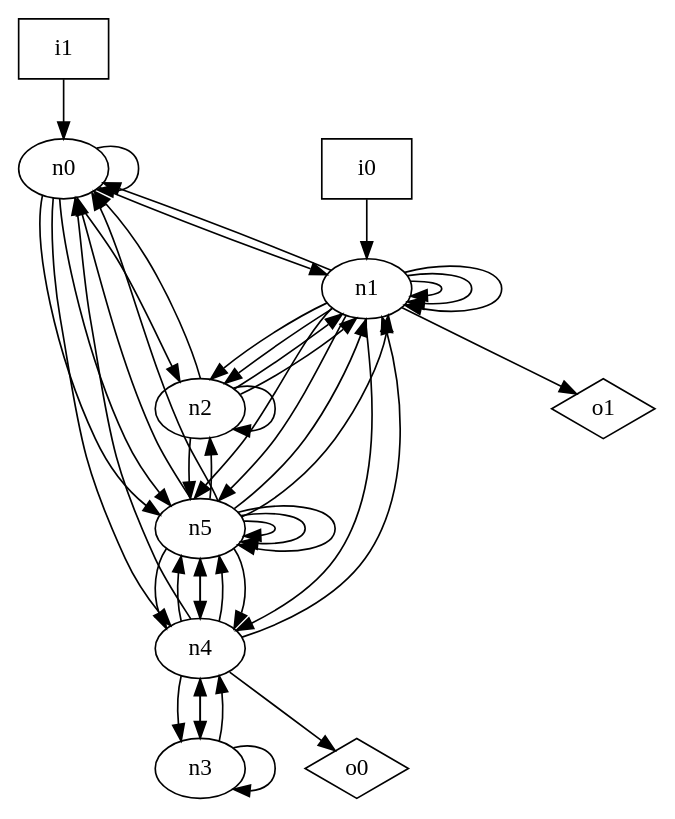
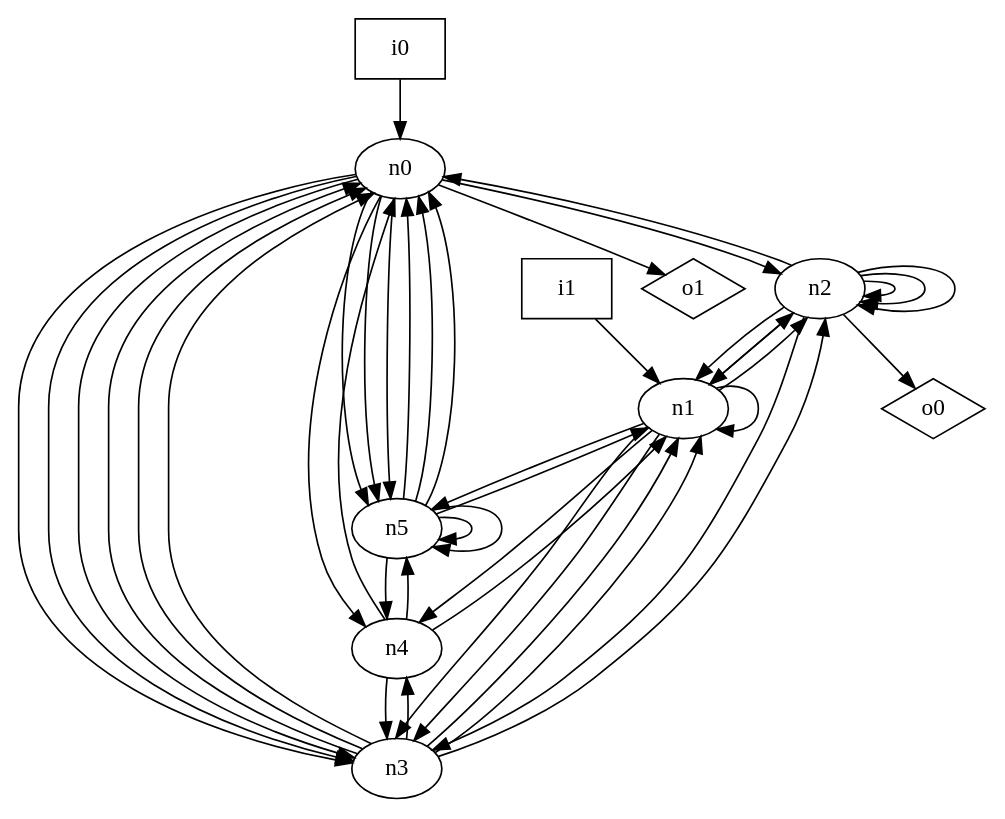
One commit to p9romain/bool-circuits changed the diagram in dot_files/random/random_undirected_graph.dot. Above: the diagram before and after it, drawn with Graphviz. The commit also changed 28 other files, not shown here.

```diff
--- a/dot_files/random/random_undirected_graph.dot
+++ b/dot_files/random/random_undirected_graph.dot
@@ -1,57 +1,56 @@
 digraph G {
 n0 [label="n0"];
 n1 [label="n1"];
 n2 [label="n2"];
 n3 [label="n3"];
 n4 [label="n4"];
 n5 [label="n5"];
 n6 [label="i0",shape="box"];
 n7 [label="i1",shape="box"];
 n8 [label="o0",shape="diamond"];
 n9 [label="o1",shape="diamond"];
-n0 -> n0
-n0 -> n1
 n0 -> n2
+n0 -> n3
+n0 -> n3
+n0 -> n3
 n0 -> n4
 n0 -> n5
 n0 -> n5
-n1 -> n0
-n1 -> n1
-n1 -> n1
+n0 -> n5
+n0 -> n9
 n1 -> n1
 n1 -> n2
 n1 -> n2
+n1 -> n3
+n1 -> n3
 n1 -> n4
 n1 -> n5
-n1 -> n5
-n1 -> n9
 n2 -> n0
 n2 -> n1
 n2 -> n1
 n2 -> n2
-n2 -> n5
-n3 -> n3
-n3 -> n4
+n2 -> n2
+n2 -> n2
+n2 -> n3
+n2 -> n8
+n3 -> n0
+n3 -> n0
+n3 -> n0
+n3 -> n1
+n3 -> n1
+n3 -> n2
 n3 -> n4
 n4 -> n0
 n4 -> n1
 n4 -> n3
-n4 -> n3
 n4 -> n5
-n4 -> n5
-n4 -> n5
-n4 -> n8
+n5 -> n0
 n5 -> n0
 n5 -> n0
 n5 -> n1
-n5 -> n1
-n5 -> n2
-n5 -> n4
-n5 -> n4
 n5 -> n4
 n5 -> n5
 n5 -> n5
-n5 -> n5
-n6 -> n1
-n7 -> n0
+n6 -> n0
+n7 -> n1
 }
```
